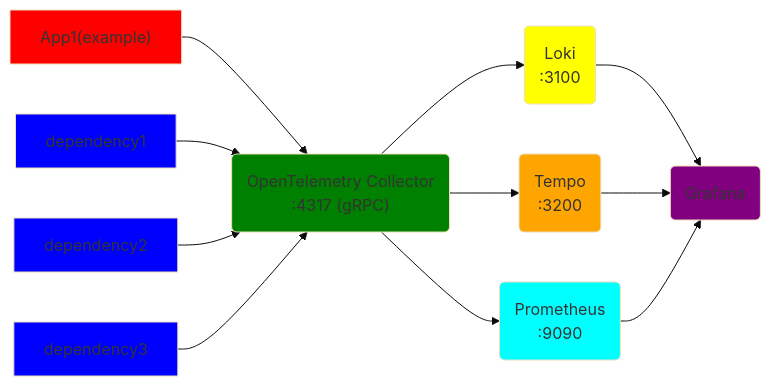
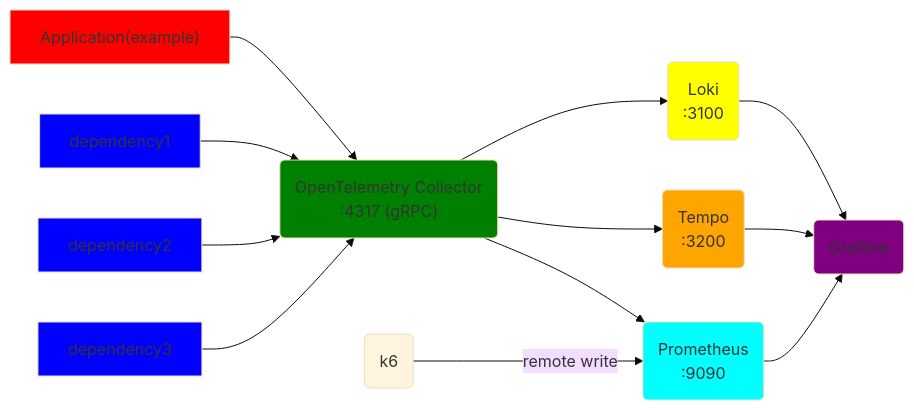
One commit to rogerhmar/OTEL-NDC-2024 changed the first of 4 diagrams in README.md. Above: the diagram before and after it, drawn with Mermaid (base theme). The commit also changed other lines of this file and 11 other files, not shown here.

````diff
--- a/README.md
+++ b/README.md
@@ -29,20 +29,21 @@
 ```mermaid
 flowchart LR
-    A["App1(example)"] --> B("OpenTelemetry Collector \n :4317 (gRPC)")
+    A["Application(example)"] --> B("OpenTelemetry Collector \n :4317 (gRPC)")
     H["dependency1"] --> B
     I["dependency2"] --> B
     J["dependency3"] --> B
     B --> D("Loki \n :3100") --> G("Grafana")
     B --> E("Tempo \n :3200") --> G
     B --> F(Prometheus \n :9090)--> G
+    K(k6)-->|remote write|F
 
     style A fill:red
     style B fill:green
     style H fill:blue
     style I fill:blue
     style J fill:blue
     style D fill:yellow
     style E fill:orange
     style F fill:cyan
     style G fill:purple
 ```
````
